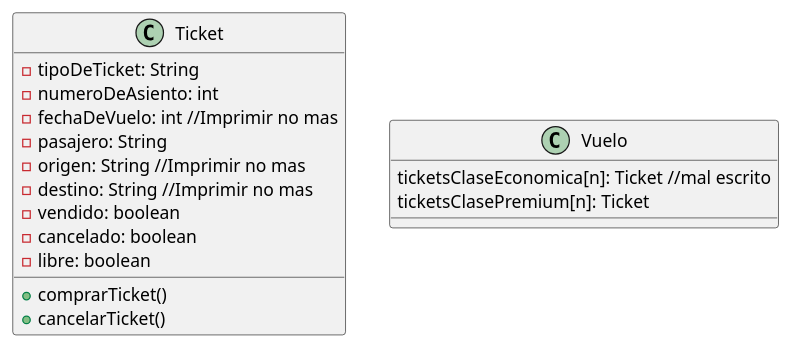
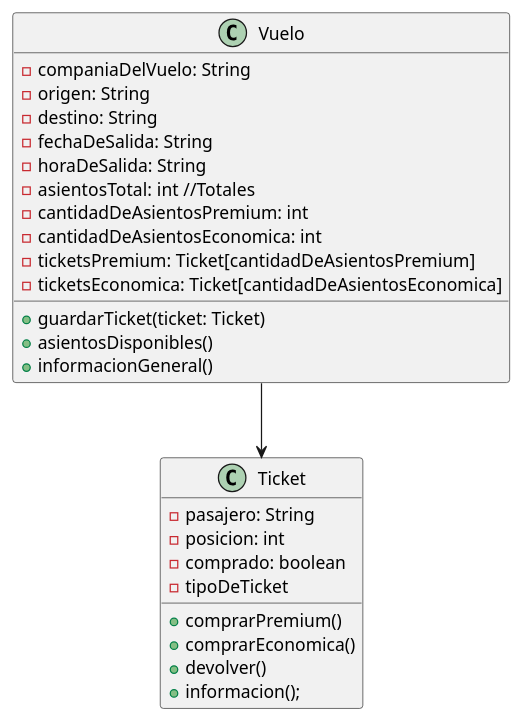
Before and after one commit to FernandoHuilca/EPN-FernandoHuilca: the diagram in Segundo Semestre/Clases/Vuelo/src/Diagrama.puml, drawn with PlantUML. The commit also changed 17 other files, not shown here.

```diff
--- a/Segundo Semestre/Clases/Vuelo/src/Diagrama.puml
+++ b/Segundo Semestre/Clases/Vuelo/src/Diagrama.puml
@@ -1,24 +1,35 @@
 @startuml
 
-class Ticket {
-- tipoDeTicket: String
-- numeroDeAsiento: int
-- fechaDeVuelo: int //Imprimir no mas
+class Vuelo{
+- companiaDelVuelo: String
+- origen: String
+- destino: String
+- fechaDeSalida: String
+- horaDeSalida: String
+- asientosTotal: int //Totales
+- cantidadDeAsientosPremium: int
+- cantidadDeAsientosEconomica: int
+- ticketsPremium: Ticket[cantidadDeAsientosPremium]
+- ticketsEconomica: Ticket[cantidadDeAsientosEconomica]
++ guardarTicket(ticket: Ticket)
++ asientosDisponibles()
++ informacionGeneral()
+}
+
+class Ticket{
 - pasajero: String
-- origen: String //Imprimir no mas
-- destino: String //Imprimir no mas
-- vendido: boolean
-- cancelado: boolean
-- libre: boolean
-
-
-+ comprarTicket()
-+ cancelarTicket()
+- posicion: int
+- comprado: boolean
+- tipoDeTicket
++ comprarPremium()
++ comprarEconomica()
++ devolver()
++ informacion();
 
 }
 
-class Vuelo{
-ticketsClaseEconomica[n]: Ticket //mal escrito
-ticketsClasePremium[n]: Ticket
-}
+
+Vuelo --> Ticket
+
+
 @enduml
```
